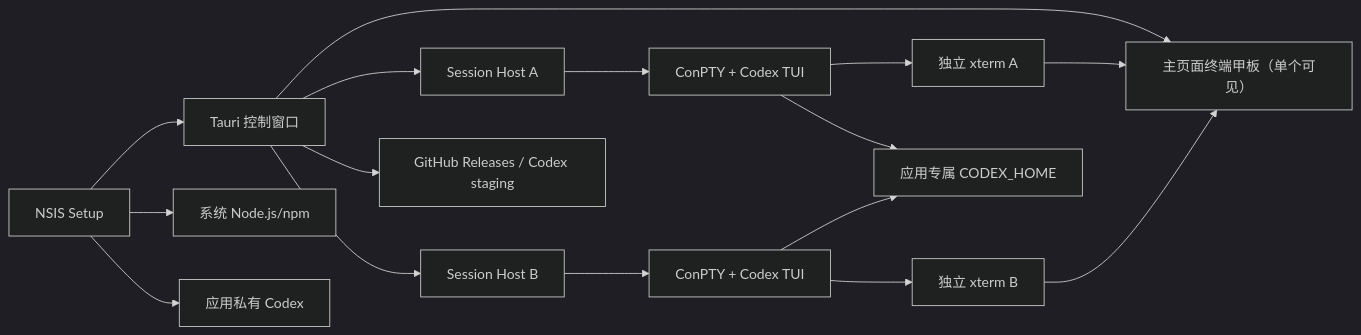
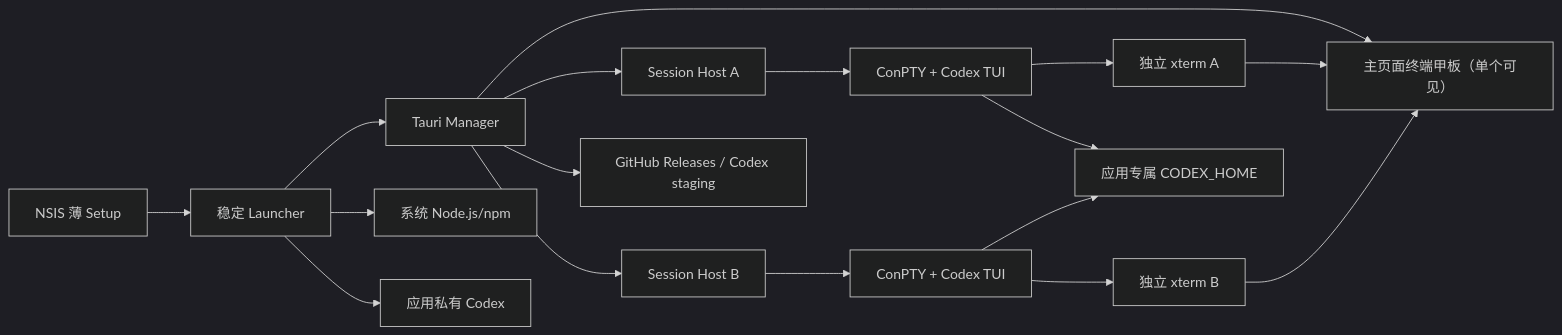
One commit to chengzhang0528/tauri-codex changed the diagram in 文档/项目/项目_tauri-codex/决策/DEC-0001-Windows-x64-Codex桌面封装方案.md. Above: the diagram before and after it, drawn with Mermaid (dark theme). The commit also changed other lines of this file and 30 other files, not shown here.

````diff
--- a/文档/项目/项目_tauri-codex/决策/DEC-0001-Windows-x64-Codex桌面封装方案.md
+++ b/文档/项目/项目_tauri-codex/决策/DEC-0001-Windows-x64-Codex桌面封装方案.md
@@ -42,18 +42,19 @@
 ```mermaid
 flowchart LR
-  Setup["NSIS Setup"] --> Desktop["Tauri 控制窗口"]
-  Setup --> Node["系统 Node.js/npm"]
-  Setup --> Bundled["应用私有 Codex"]
+  Setup["NSIS 薄 Setup"] --> Launcher["稳定 Launcher"]
+  Launcher --> Desktop["Tauri Manager"]
+  Launcher --> Node["系统 Node.js/npm"]
+  Launcher --> Bundled["应用私有 Codex"]
   Desktop --> H1["Session Host A"]
   Desktop --> H2["Session Host B"]
   H1 --> P1["ConPTY + Codex TUI"]
   H2 --> P2["ConPTY + Codex TUI"]
   Desktop --> Deck["主页面终端甲板（单个可见）"]
   P1 --> X1["独立 xterm A"]
   P2 --> X2["独立 xterm B"]
   X1 --> Deck
   X2 --> Deck
   P1 --> Home["应用专属 CODEX_HOME"]
   P2 --> Home
   Desktop --> Releases["GitHub Releases / Codex staging"]
 ```
````
